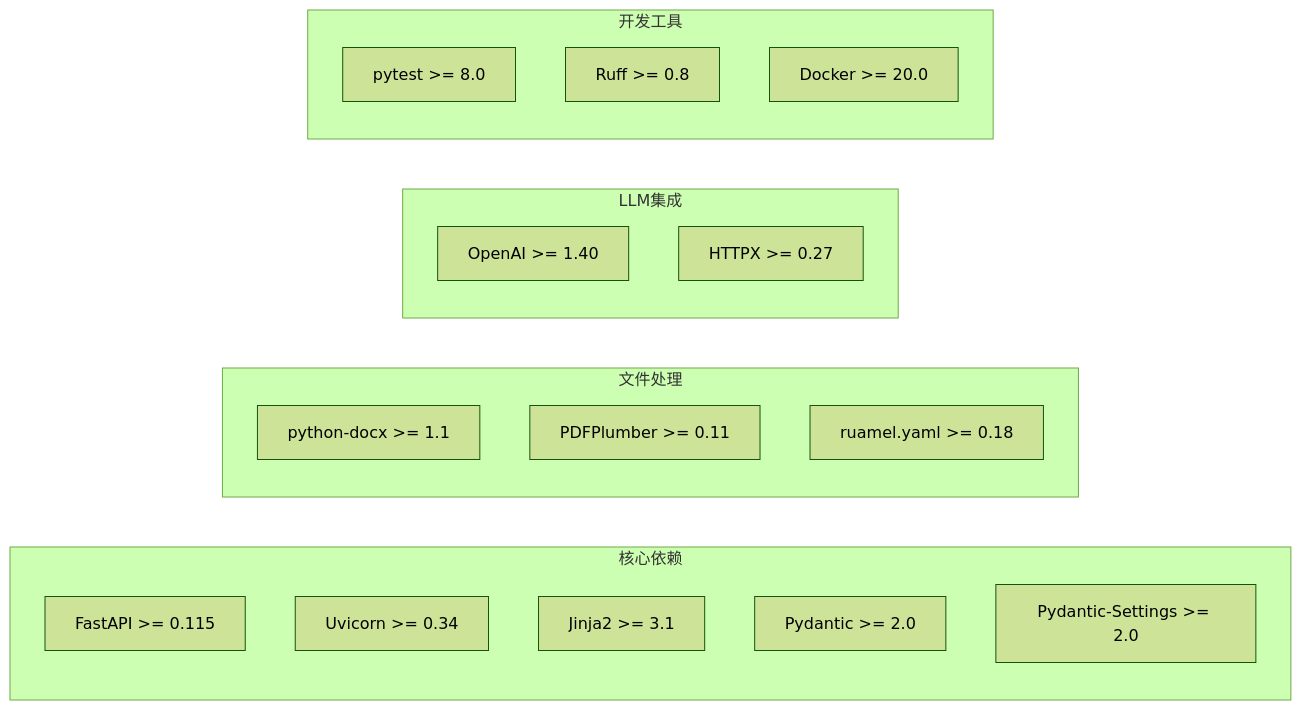
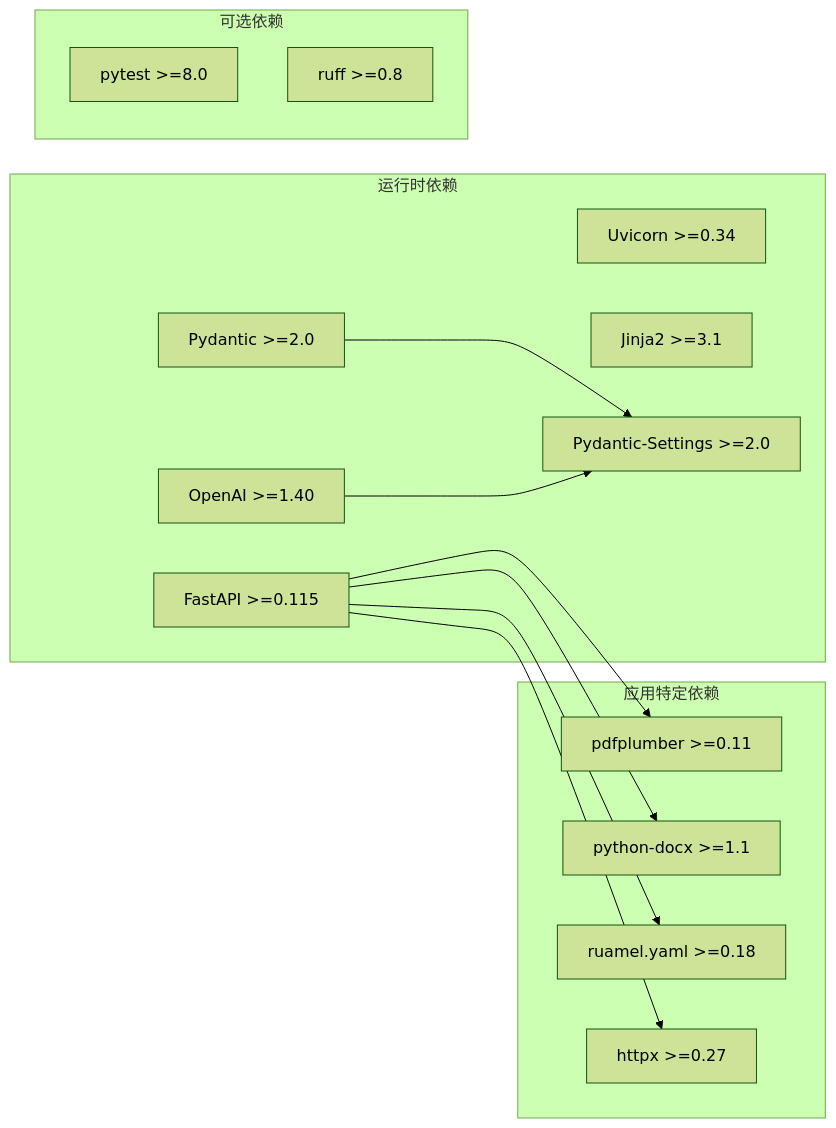
The seventh of 9 diagrams in .qoder/repowiki/zh/content/部署运维/生产部署.md (tjujingzong/Novel-to-Screenplay), drawn with Mermaid (forest theme) before and after one commit. The commit also changed other lines of this file and 10 other files, not shown here.

````diff
--- a/.qoder/repowiki/zh/content/部署运维/生产部署.md
+++ b/.qoder/repowiki/zh/content/部署运维/生产部署.md
@@ -119,24 +289,27 @@
 ```mermaid
 graph LR
-subgraph "核心依赖"
-FastAPI[FastAPI >= 0.115]
-Uvicorn[Uvicorn >= 0.34]
-Jinja2[Jinja2 >= 3.1]
-Pydantic[Pydantic >= 2.0]
-PydanticSettings[Pydantic-Settings >= 2.0]
+subgraph "运行时依赖"
+A[FastAPI >=0.115]
+B[Uvicorn >=0.34]
+C[Jinja2 >=3.1]
+D[Pydantic >=2.0]
+E[OpenAI >=1.40]
+F[Pydantic-Settings >=2.0]
 end
-subgraph "文件处理"
-Docx[python-docx >= 1.1]
-PDF[PDFPlumber >= 0.11]
-YAML[ruamel.yaml >= 0.18]
+subgraph "可选依赖"
+G[pytest >=8.0]
+H[ruff >=0.8]
 end
-subgraph "LLM集成"
-OpenAI[OpenAI >= 1.40]
-HTTPX[HTTPX >= 0.27]
+subgraph "应用特定依赖"
+I[pdfplumber >=0.11]
+J[python-docx >=1.1]
+K[ruamel.yaml >=0.18]
+L[httpx >=0.27]
 end
-subgraph "开发工具"
-PyTest[pytest >= 8.0]
-Ruff[Ruff >= 0.8]
-Docker[Docker >= 20.0]
-end
+A --> I
+A --> J
+A --> K
+A --> L
+D --> F
+E --> F
 ```
````
